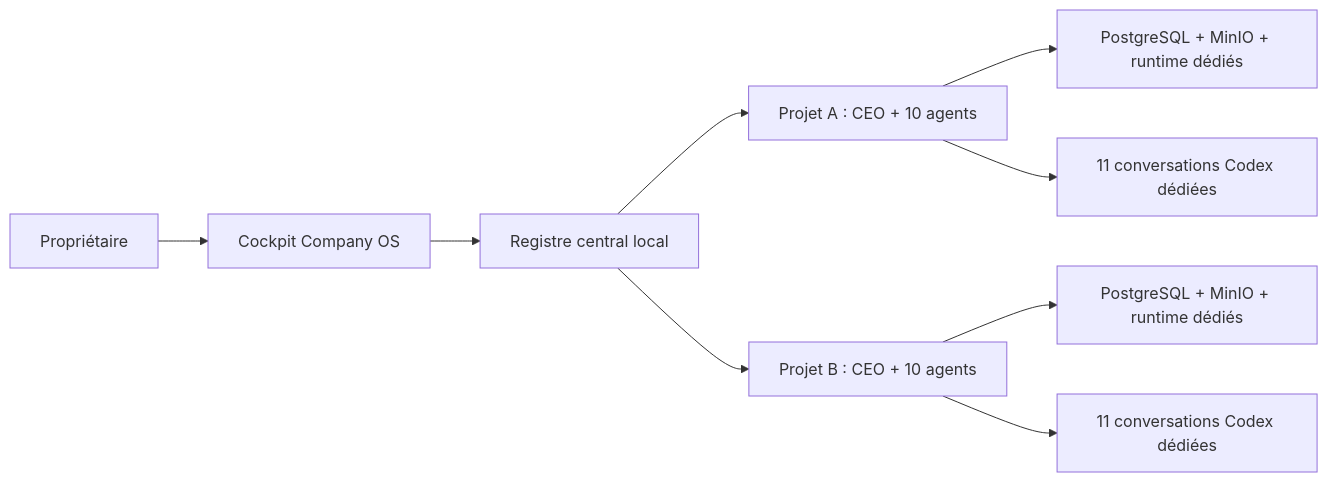
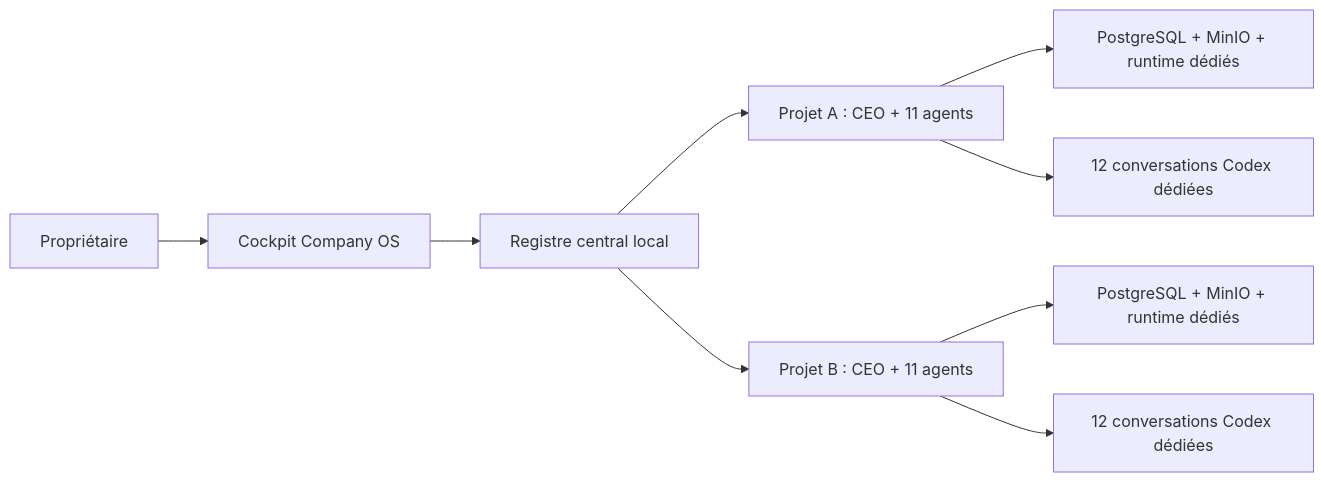
The first of 2 diagrams in README.md (alex97451/company-os), drawn with Mermaid before and after one commit. The commit also changed other lines of this file and 49 other files, not shown here.

````diff
--- a/README.md
+++ b/README.md
@@ -71,11 +73,11 @@
 ```mermaid
 flowchart LR
     O["Propriétaire"] --> C["Cockpit Company OS"]
     C --> R["Registre central local"]
-    R --> A["Projet A : CEO + 10 agents"]
-    R --> B["Projet B : CEO + 10 agents"]
+    R --> A["Projet A : CEO + 11 agents"]
+    R --> B["Projet B : CEO + 11 agents"]
     A --> DA["PostgreSQL + MinIO + runtime dédiés"]
     B --> DB["PostgreSQL + MinIO + runtime dédiés"]
-    A --> CA["11 conversations Codex dédiées"]
-    B --> CB["11 conversations Codex dédiées"]
+    A --> CA["12 conversations Codex dédiées"]
+    B --> CB["12 conversations Codex dédiées"]
 ```
````
